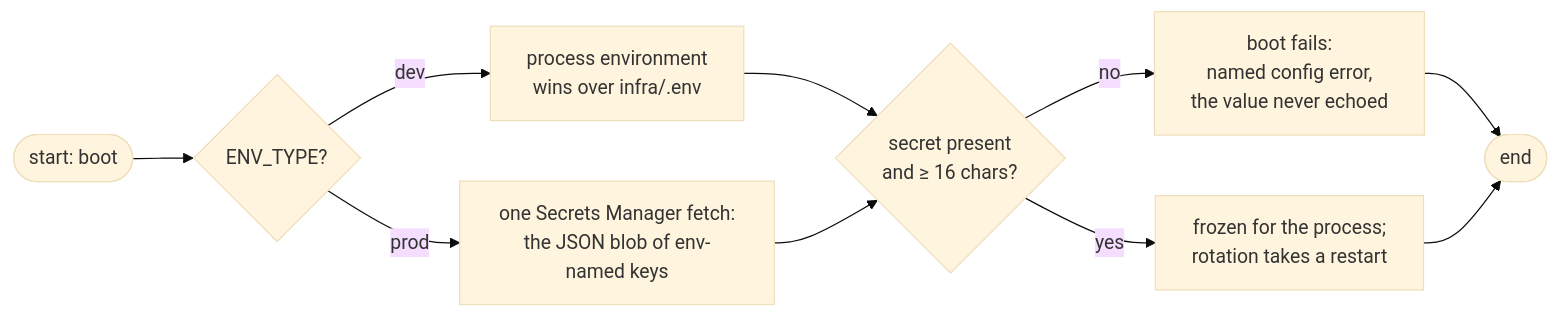
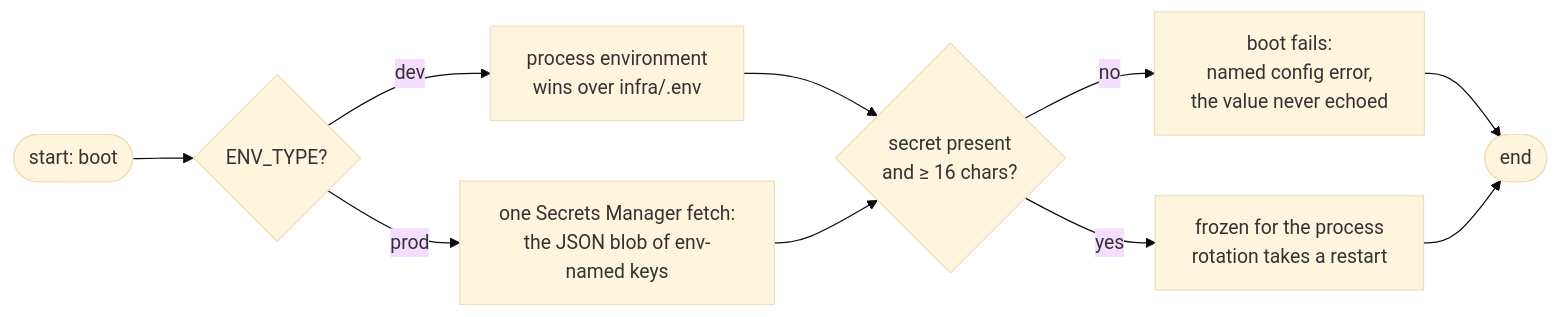
The diagram in services/payment-webhook/docs/guides/secrets.md (kunalPisolkar24/detectAI), drawn with Mermaid (base theme) before and after one commit. The commit also changed 1 other file, not shown here.

Commit message:
Keep semicolons out of the payment webhook diagrams

````diff
--- a/services/payment-webhook/docs/guides/secrets.md
+++ b/services/payment-webhook/docs/guides/secrets.md
@@ -16,11 +16,11 @@
 ```mermaid
 graph LR
     START(["start: boot"]) --> FLICK{"ENV_TYPE?"}
     FLICK -->|"dev"| DEV["process environment<br/>wins over infra/.env"]
     FLICK -->|"prod"| PROD["one Secrets Manager fetch:<br/>the JSON blob of env-named keys"]
     DEV --> CHECK{"secret present<br/>and ≥ 16 chars?"}
     PROD --> CHECK
     CHECK -->|"no"| DIE["boot fails:<br/>named config error,<br/>the value never echoed"] --> END(["end"])
-    CHECK -->|"yes"| LOCKED["frozen for the process;<br/>rotation takes a restart"]
+    CHECK -->|"yes"| LOCKED["frozen for the process<br/>rotation takes a restart"]
     LOCKED --> END
 ```
````
